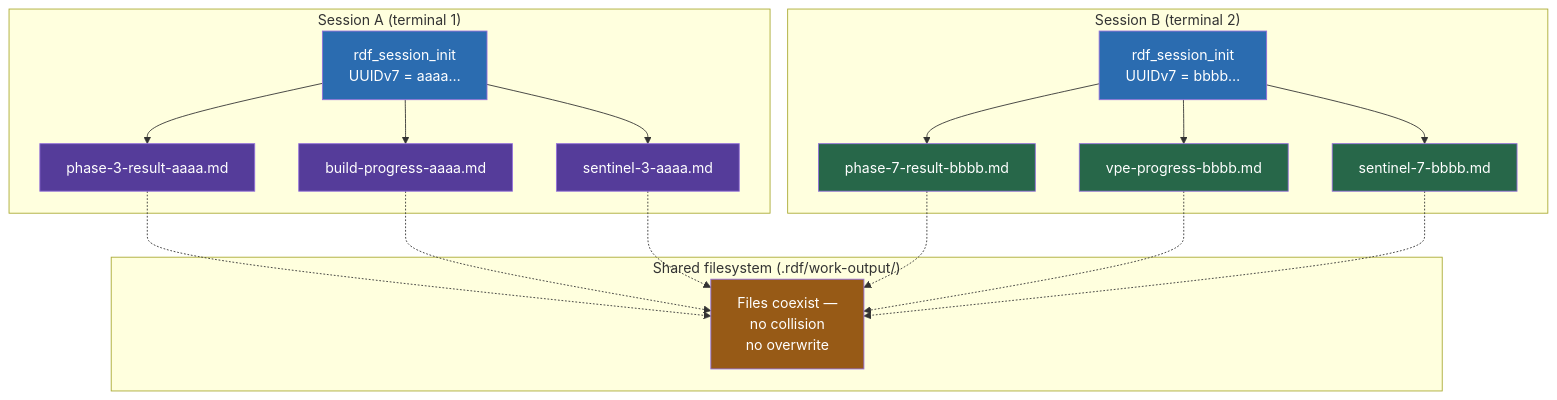
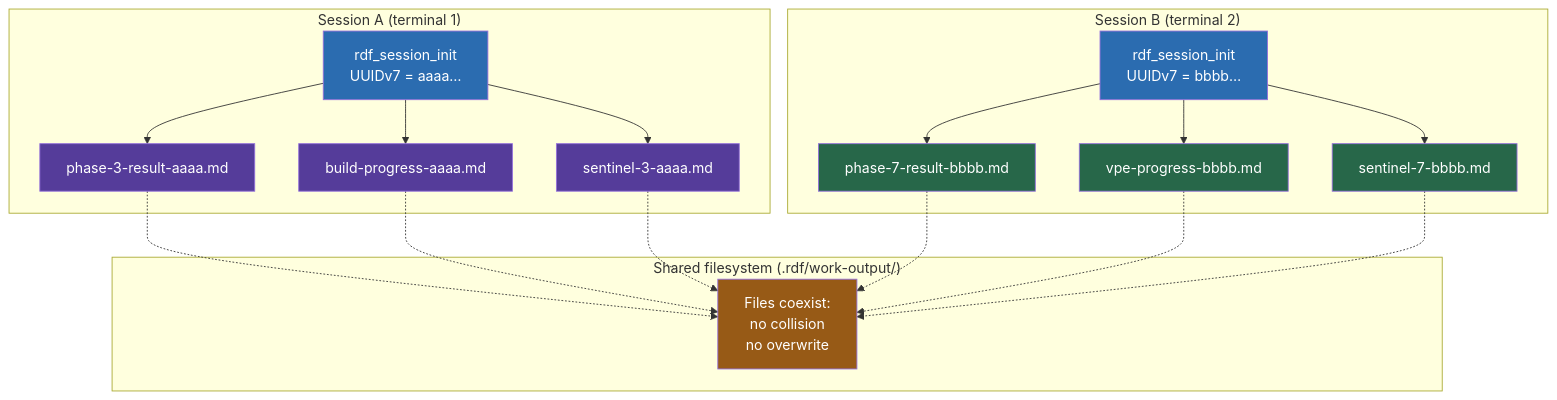
The fourth of 12 diagrams in reference/diagrams.md (rfxn/rdf), drawn with Mermaid before and after one commit. The commit also changed other lines of this file and 58 other files, not shown here.

````diff
--- a/reference/diagrams.md
+++ b/reference/diagrams.md
@@ -245,39 +249,39 @@
 ```mermaid
 flowchart TD
     subgraph Session1["Session A (terminal 1)"]
         A0[rdf_session_init\nUUIDv7 = aaaa…]
         A1[phase-3-result-aaaa.md]
         A2[build-progress-aaaa.md]
         A3[sentinel-3-aaaa.md]
         A0 --> A1 & A2 & A3
     end
 
     subgraph Session2["Session B (terminal 2)"]
         B0[rdf_session_init\nUUIDv7 = bbbb…]
         B1[phase-7-result-bbbb.md]
         B2[vpe-progress-bbbb.md]
         B3[sentinel-7-bbbb.md]
         B0 --> B1 & B2 & B3
     end
 
     subgraph Shared["Shared filesystem (.rdf/work-output/)"]
-        WO[Files coexist —\nno collision\nno overwrite]
+        WO[Files coexist:\nno collision\nno overwrite]
     end
 
     A1 -.-> WO
     A2 -.-> WO
     A3 -.-> WO
     B1 -.-> WO
     B2 -.-> WO
     B3 -.-> WO
 
     style A0 fill:#2b6cb0,color:#fff
     style B0 fill:#2b6cb0,color:#fff
     style A1 fill:#553c9a,color:#fff
     style A2 fill:#553c9a,color:#fff
     style A3 fill:#553c9a,color:#fff
     style B1 fill:#276749,color:#fff
     style B2 fill:#276749,color:#fff
     style B3 fill:#276749,color:#fff
     style WO fill:#975a16,color:#fff
 ```
````
